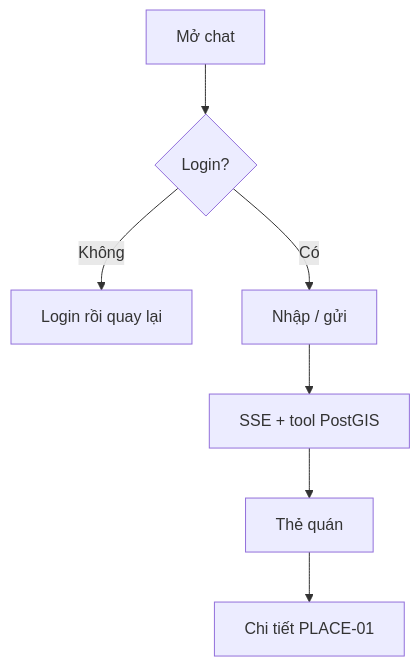
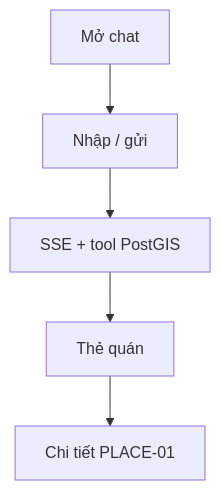
The third of 4 diagrams in SDD/giao-dien/luong-nguoi-dung.md (DXH-13/foodmap-docs), drawn with Mermaid before and after one commit. The commit also changed other lines of this file and 7 other files, not shown here.

````diff
--- a/SDD/giao-dien/luong-nguoi-dung.md
+++ b/SDD/giao-dien/luong-nguoi-dung.md
@@ -39,9 +43,7 @@
 ```mermaid
 flowchart TD
-  A[Mở chat] --> B{Login?}
-  B -->|Không| C[Login rồi quay lại]
-  B -->|Có| D[Nhập / gửi]
+  A[Mở chat] --> D[Nhập / gửi]
   D --> E[SSE + tool PostGIS]
   E --> F[Thẻ quán]
   F --> G[Chi tiết PLACE-01]
 ```
````
